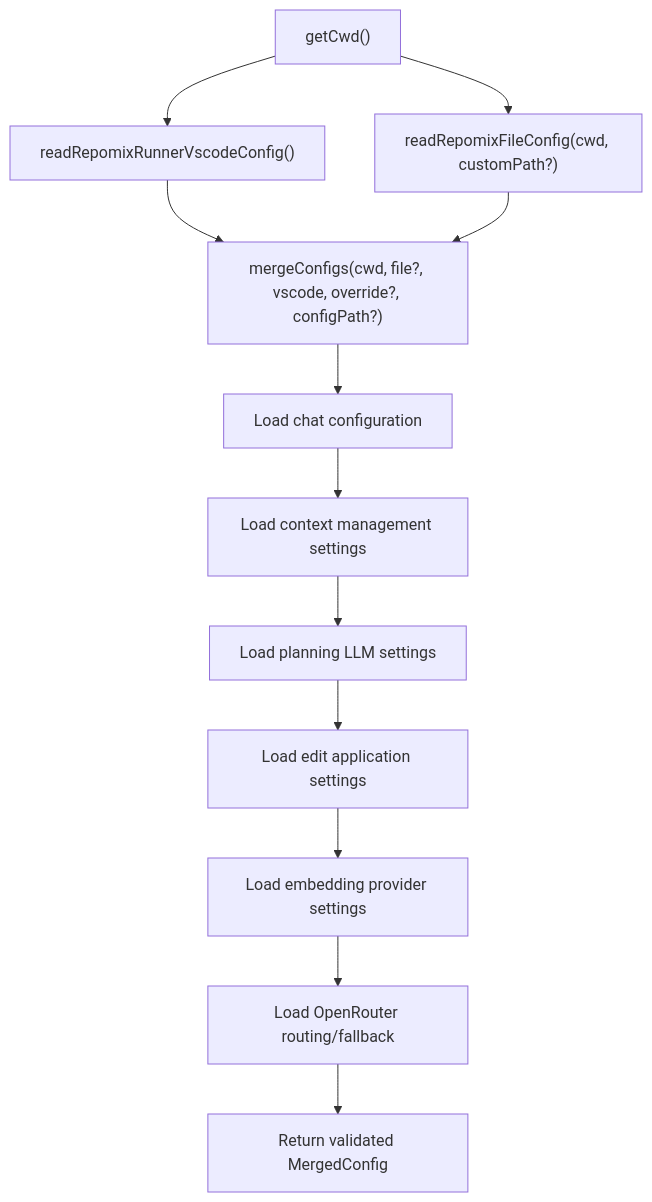
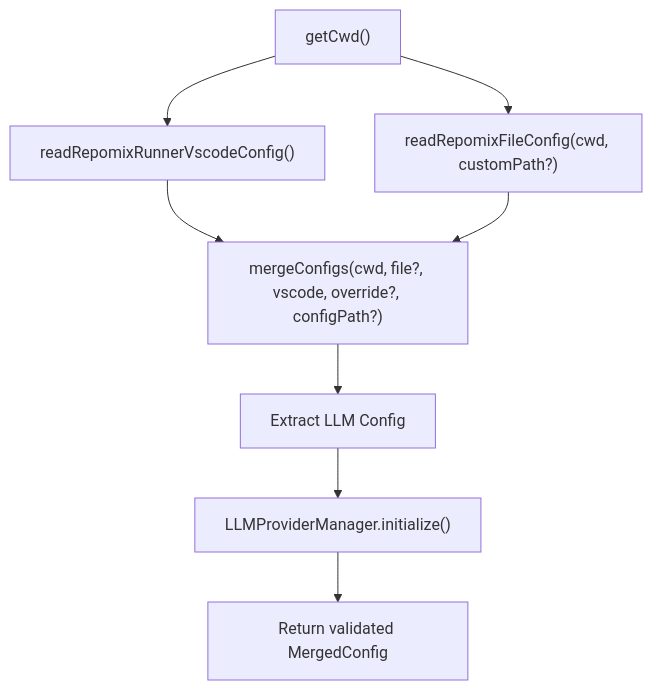
The sixth of 7 diagrams in .qoder/repowiki/en/content/Configuration Management/Configuration Management.md (bramburn/repomix-runner), drawn with Mermaid before and after one commit. The commit also changed other lines of this file and 41 other files, not shown here.

First line of the commit message:
feat(config): implement auto-generated Qdrant collection names and streamline settings

````diff
--- a/.qoder/repowiki/en/content/Configuration Management/Configuration Management.md
+++ b/.qoder/repowiki/en/content/Configuration Management/Configuration Management.md
@@ -443,14 +384,10 @@
 ```mermaid
 flowchart TD
 A["getCwd()"] --> B["readRepomixRunnerVscodeConfig()"]
 A --> C["readRepomixFileConfig(cwd, customPath?)"]
 B --> D["mergeConfigs(cwd, file?, vscode, override?, configPath?)"]
 C --> D
-D --> E["Load chat configuration"]
-E --> F["Load context management settings"]
-F --> G["Load planning LLM settings"]
-G --> H["Load edit application settings"]
-H --> I["Load embedding provider settings"]
-I --> J["Load OpenRouter routing/fallback"]
-J --> K["Return validated MergedConfig"]
+D --> E["Extract LLM Config"]
+E --> F["LLMProviderManager.initialize()"]
+F --> G["Return validated MergedConfig"]
 ```
````
